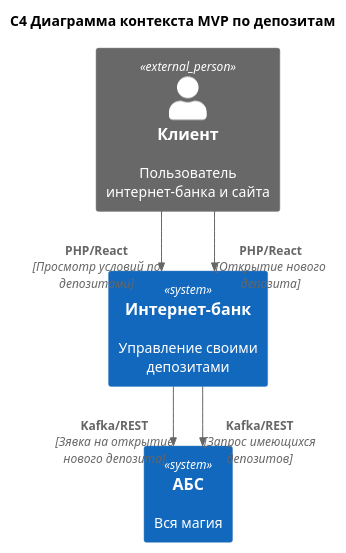
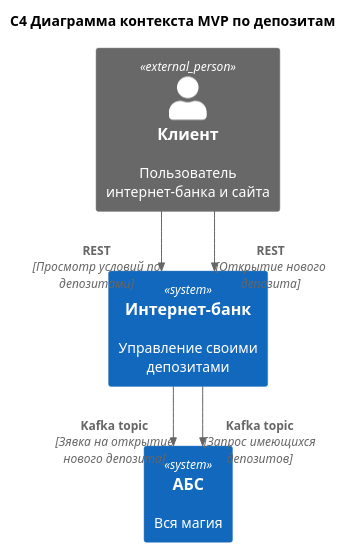
Before and after one commit to Adskoy/architecture-sprint-9: the diagram in Task3/context.puml, drawn with PlantUML. The commit also changed 2 other files, not shown here.

```diff
--- a/Task3/context.puml
+++ b/Task3/context.puml
@@ -1,17 +1,17 @@
 @startuml
 title C4 Диаграмма контекста MVP по депозитам
 top to bottom direction
 !includeurl https://raw.githubusercontent.com/plantuml-stdlib/C4-PlantUML/master/C4_Component.puml
 skinparam linetype ortho
 
 Person_Ext(user, "Клиент", "Пользователь интернет-банка и сайта")
 
 System(ib, "Интернет-банк", "Управление своими депозитами")
 System(abs, "АБС", "Вся магия")
 
-Rel(user, ib, "PHP/React", "Просмотр условий по депозитами")
-Rel(user, ib, "PHP/React", "Открытие нового депозита")
-Rel(ib, abs, "Kafka/REST", "Зявка на открытие нового депозита")
-Rel(ib, abs, "Kafka/REST", "Запрос имеющихся депозитов")
+Rel(user, ib, "REST", "Просмотр условий по депозитами")
+Rel(user, ib, "REST", "Открытие нового депозита")
+Rel(ib, abs, "Kafka topic", "Зявка на открытие нового депозита")
+Rel(ib, abs, "Kafka topic", "Запрос имеющихся депозитов")
 
 @enduml
```
